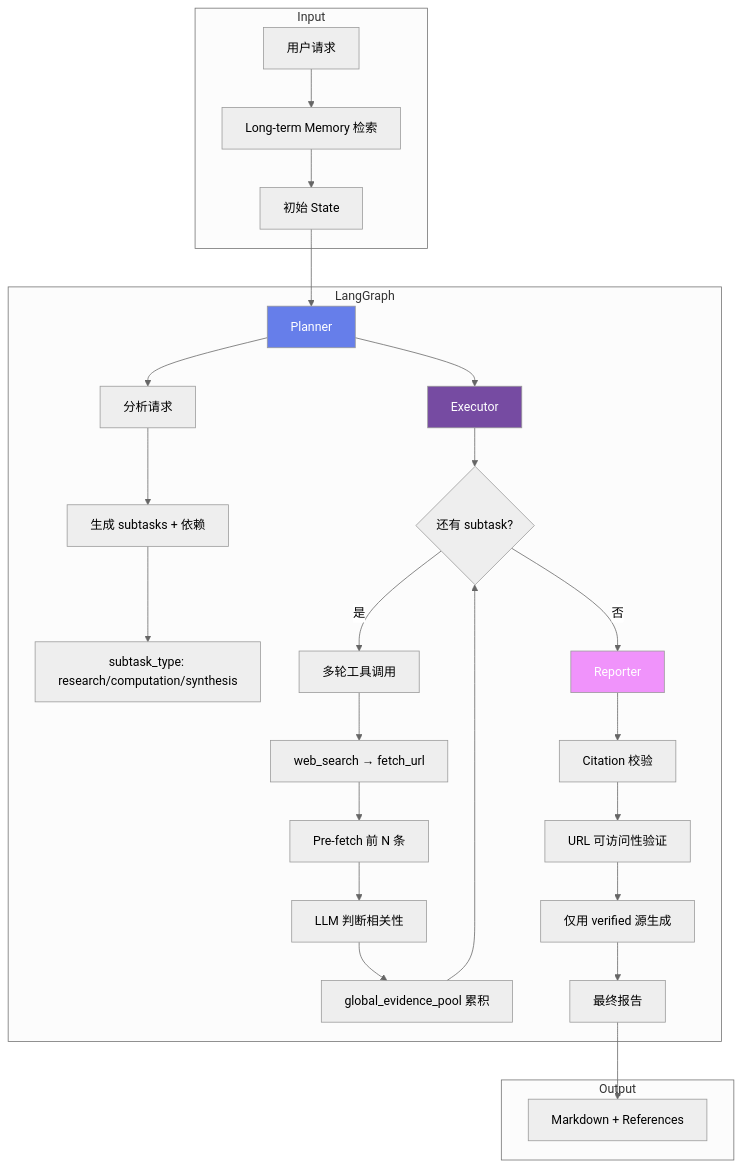
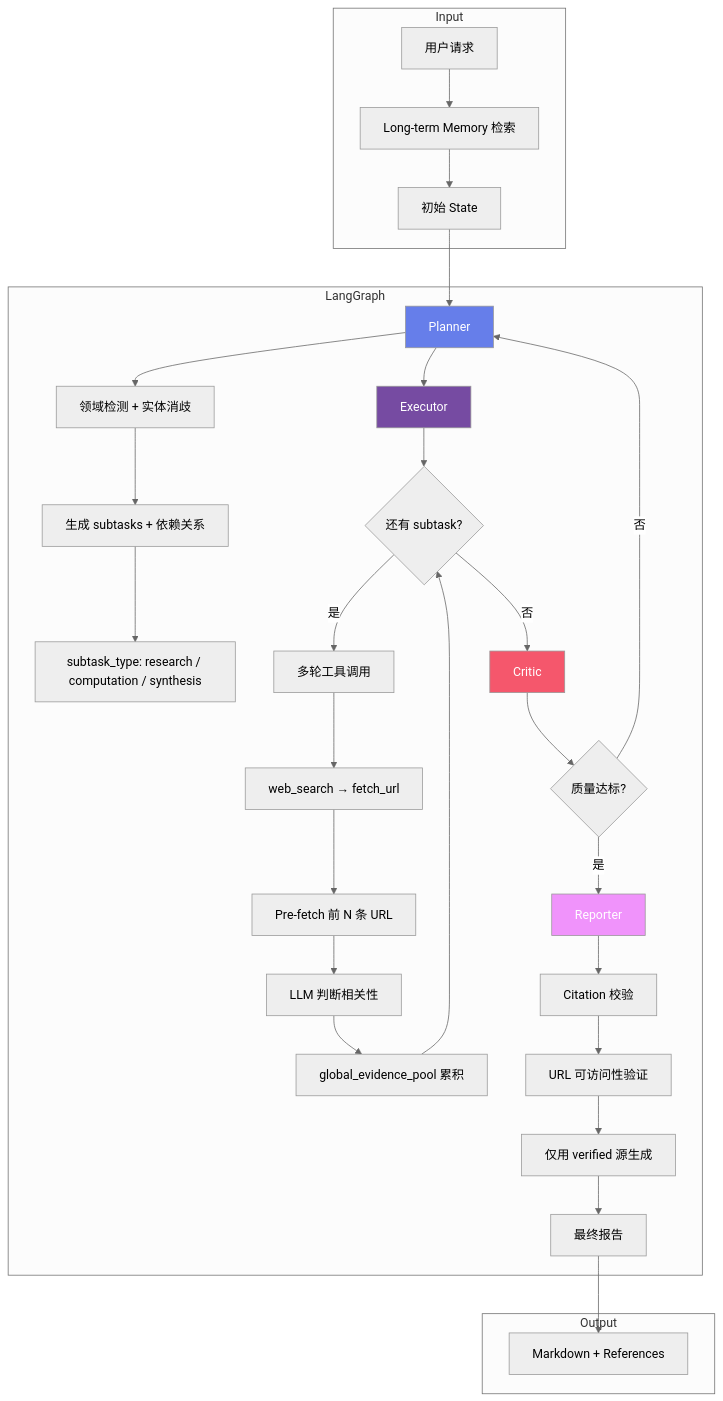
One commit to wenyi-jupiter/Wenyi-research-agent changed the first of 3 diagrams in README.md. Above: the diagram before and after it, drawn with Mermaid (neutral theme). The commit also changed other lines of this file, not shown here.

````diff
--- a/README.md
+++ b/README.md
@@ -53,36 +93,40 @@
 ```mermaid
 flowchart TB
     subgraph Input
         A[用户请求] --> B[Long-term Memory 检索]
         B --> C[初始 State]
     end
 
     subgraph LangGraph
         C --> D[Planner]
-        D --> D1[分析请求]
-        D1 --> D2[生成 subtasks + 依赖]
-        D2 --> D3[subtask_type: research/computation/synthesis]
+        D --> D1[领域检测 + 实体消歧]
+        D1 --> D2[生成 subtasks + 依赖关系]
+        D2 --> D3[subtask_type: research / computation / synthesis]
         D --> E[Executor]
 
         E --> E1{还有 subtask?}
         E1 -->|是| E2[多轮工具调用]
         E2 --> E3[web_search → fetch_url]
-        E3 --> E4[Pre-fetch 前 N 条]
+        E3 --> E4[Pre-fetch 前 N 条 URL]
         E4 --> E5[LLM 判断相关性]
         E5 --> E6[global_evidence_pool 累积]
         E6 --> E1
-        E1 -->|否| G[Reporter]
+        E1 -->|否| F[Critic]
+        F --> F1{质量达标?}
+        F1 -->|否| D
+        F1 -->|是| G[Reporter]
         G --> G1[Citation 校验]
         G1 --> G2[URL 可访问性验证]
         G2 --> G3[仅用 verified 源生成]
         G3 --> H[最终报告]
     end
 
     subgraph Output
         H --> I[Markdown + References]
     end
 
     style D fill:#667eea,color:#fff
     style E fill:#764ba2,color:#fff
+    style F fill:#f5576c,color:#fff
     style G fill:#f093fb,color:#fff
 ```
````
